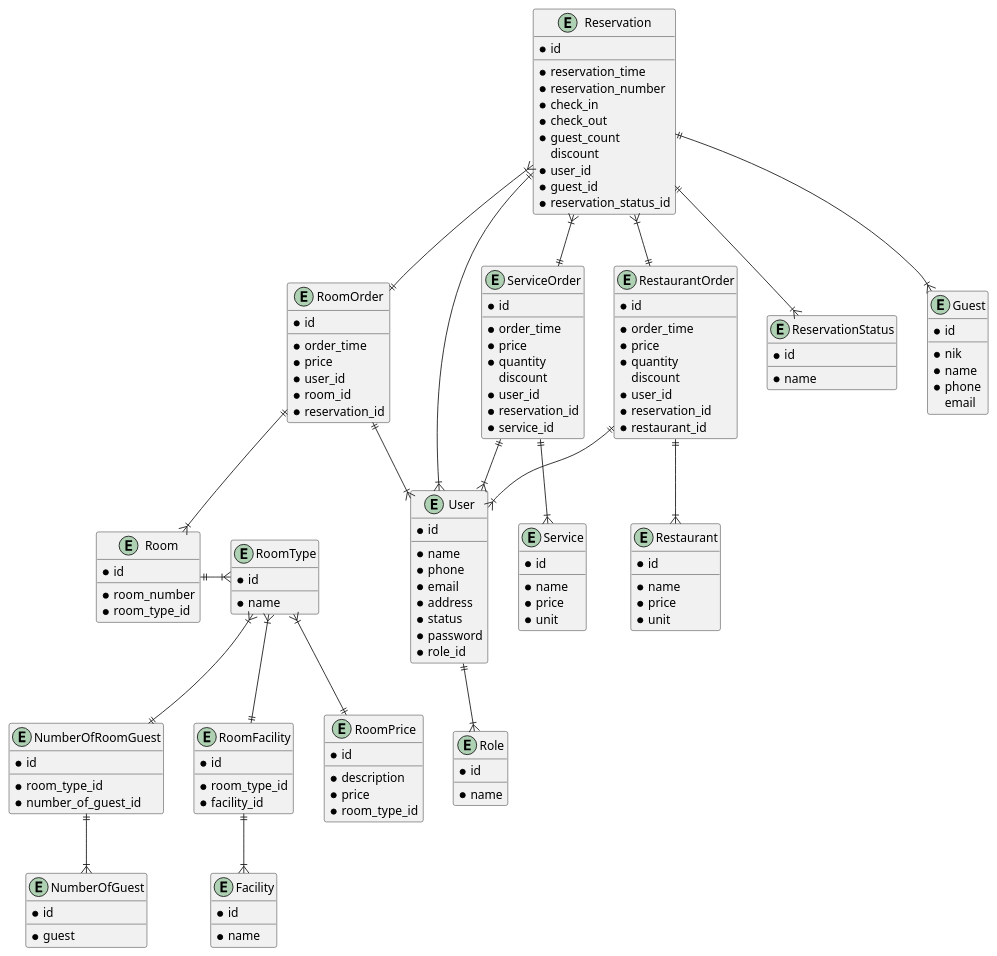
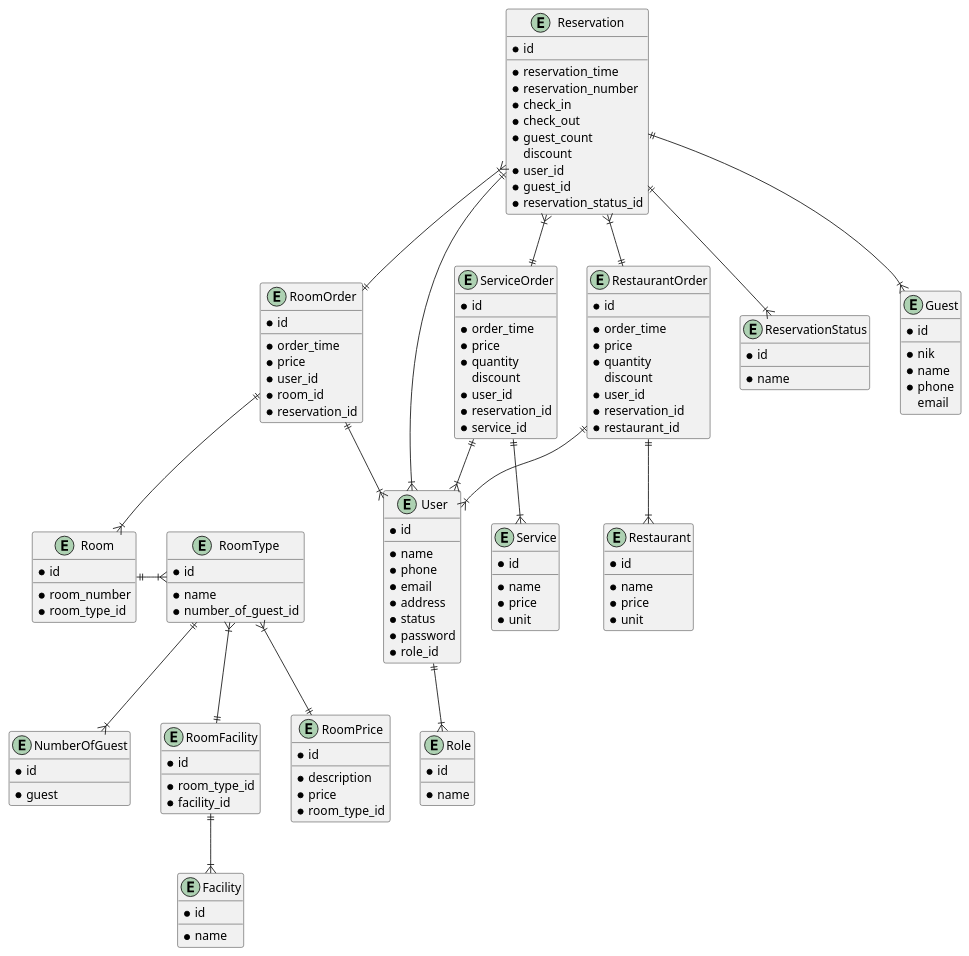
Before and after one commit to MuhammadIqbalAfandi/semuwainn: the diagram in designs/diagrams/database.puml, drawn with PlantUML. The commit also changed 16 other files, not shown here.

Commit message:
refactor database design, seeder, migration, factory and new feature number of room guest

```diff
--- a/designs/diagrams/database.puml
+++ b/designs/diagrams/database.puml
@@ -1,166 +1,159 @@
 @startuml Semuwainn
   entity Reservation {
     * id
     __
     * reservation_time
     * reservation_number
     * check_in
     * check_out
     * guest_count
     discount
     * user_id
     * guest_id
     * reservation_status_id
   }
 
   entity ReservationStatus {
     * id
     __
     * name
   }
 
   entity RoomOrder {
     * id
     __
     * order_time
     * price
     * user_id
     * room_id
     * reservation_id
   }
 
   entity ServiceOrder {
     * id
     __
     * order_time
     * price
     * quantity
     discount
     * user_id
     * reservation_id
     * service_id
   }
 
   entity Service {
     * id
     __
     * name
     * price
     * unit
   }
 
   entity Guest {
     * id
     __
     * nik
     * name
     * phone
     email
   }
 
   entity User {
     * id
     __
     * name
     * phone
     * email
     * address
     * status
     * password
     * role_id
   }
 
   entity Role {
     * id
     __
     * name
   }
 
   entity RestaurantOrder {
     * id
     __
     * order_time
     * price
     * quantity
     discount
     * user_id
     * reservation_id
     * restaurant_id
   }
 
   entity Restaurant {
     * id
     __
     * name
     * price
     * unit
   }
 
   entity RoomFacility {
     * id
     __
     * room_type_id
     * facility_id
   }
 
   entity Room {
     * id
     __
     * room_number
     * room_type_id
   }
 
   entity RoomType {
     * id
     __
     * name
+    * number_of_guest_id
   }
 
   entity RoomPrice {
     * id
     __
     * description
     * price
     * room_type_id
   }
 
   entity Facility {
     * id
     __
     * name
-  }
-
-  entity NumberOfRoomGuest {
-    * id
-    __
-    * room_type_id
-    * number_of_guest_id
   }
 
   entity NumberOfGuest {
     * id
     __
     * guest
   }
 
   Reservation ||--|{ ReservationStatus
   Reservation }|--|| RestaurantOrder
   Reservation }|--|| ServiceOrder
   Reservation ||--|{ User
   Reservation ||--|{ Guest
   Reservation }|--|| RoomOrder
   RoomOrder ||--|{ User
   RoomOrder ||--|{ Room
   Room ||-|{ RoomType
   RoomType }|--|| RoomPrice
   RoomType }|--|| RoomFacility
-  RoomType }|--|| NumberOfRoomGuest
+  RoomType ||--|{ NumberOfGuest
   RoomFacility ||--|{ Facility
-  NumberOfRoomGuest ||--|{ NumberOfGuest
   ServiceOrder ||--|{ Service
   RestaurantOrder ||--|{ Restaurant
   User ||--|{ Role
   ServiceOrder ||--|{ User
   RestaurantOrder ||--|{ User
 
 @enduml
```
